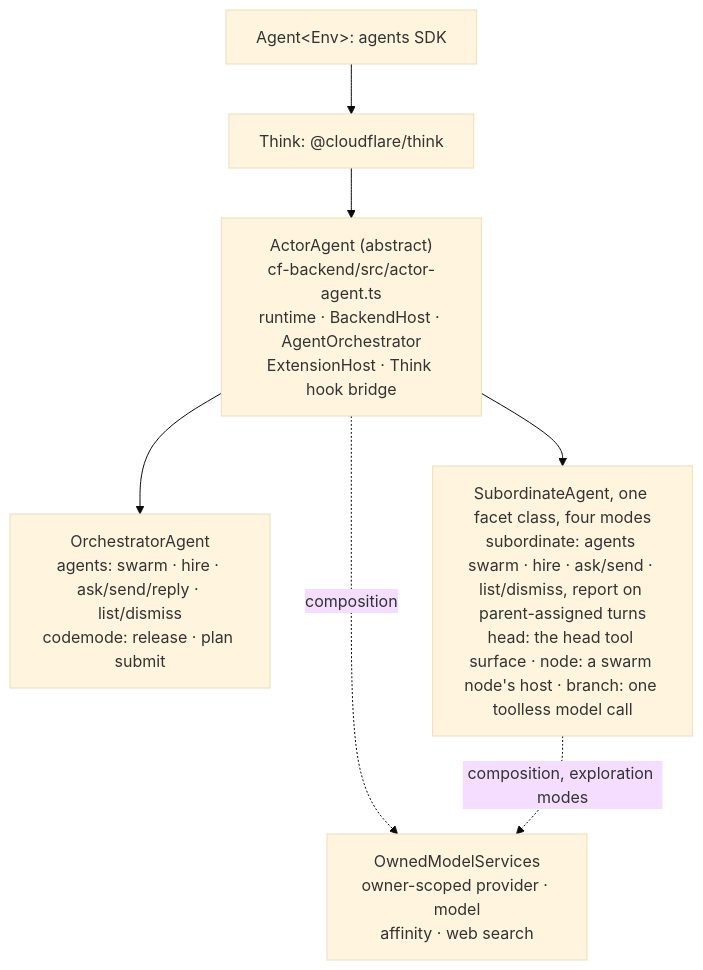
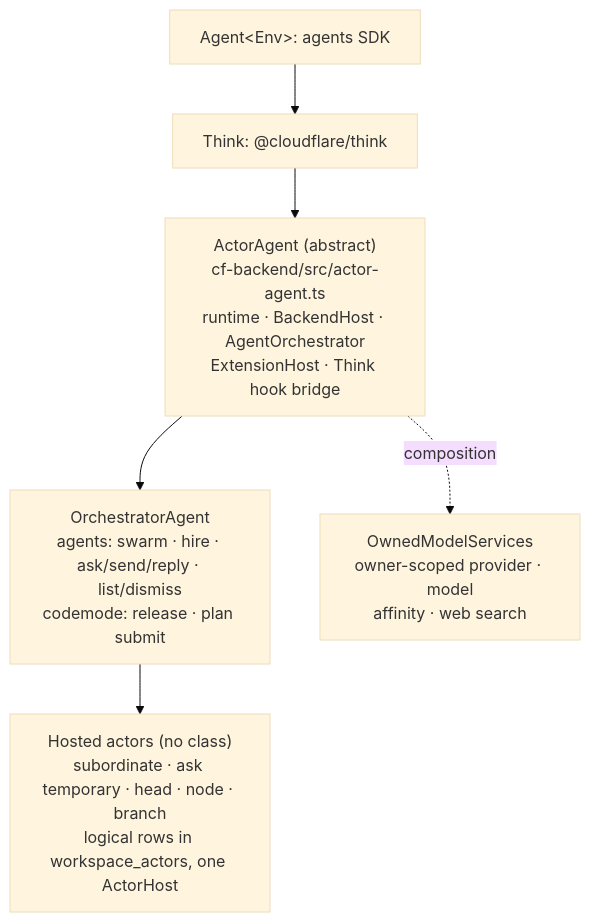
The second of 5 diagrams in docs/ARCHITECTURE.md (AshishKumar4/kinu), drawn with Mermaid (base theme) before and after one commit. The commit also changed other lines of this file and 398 other files, not shown here.

````diff
--- a/docs/ARCHITECTURE.md
+++ b/docs/ARCHITECTURE.md
@@ -63,15 +63,14 @@
 ```mermaid
 graph TB
     A["Agent&lt;Env&gt;: agents SDK"]
     T["Think: @cloudflare/think"]
     AA["ActorAgent (abstract)<br/>cf-backend/src/actor-agent.ts<br/>runtime · BackendHost · AgentOrchestrator<br/>ExtensionHost · Think hook bridge"]
     O["OrchestratorAgent<br/>agents: swarm · hire · ask/send/reply · list/dismiss<br/>codemode: release · plan submit"]
-    S["SubordinateAgent, one facet class, four modes<br/>subordinate: agents swarm · hire · ask/send · list/dismiss, report on parent-assigned turns<br/>head: the head tool surface · node: a swarm node's host · branch: one toolless model call"]
+    H["Hosted actors (no class)<br/>subordinate · ask temporary · head · node · branch<br/>logical rows in workspace_actors, one ActorHost"]
     OMS["OwnedModelServices<br/>owner-scoped provider · model<br/>affinity · web search"]
 
     A --> T --> AA
     AA --> O
-    AA --> S
+    O --> H
     AA -.->|composition| OMS
-    S -.->|composition, exploration modes| OMS
 ```
````
